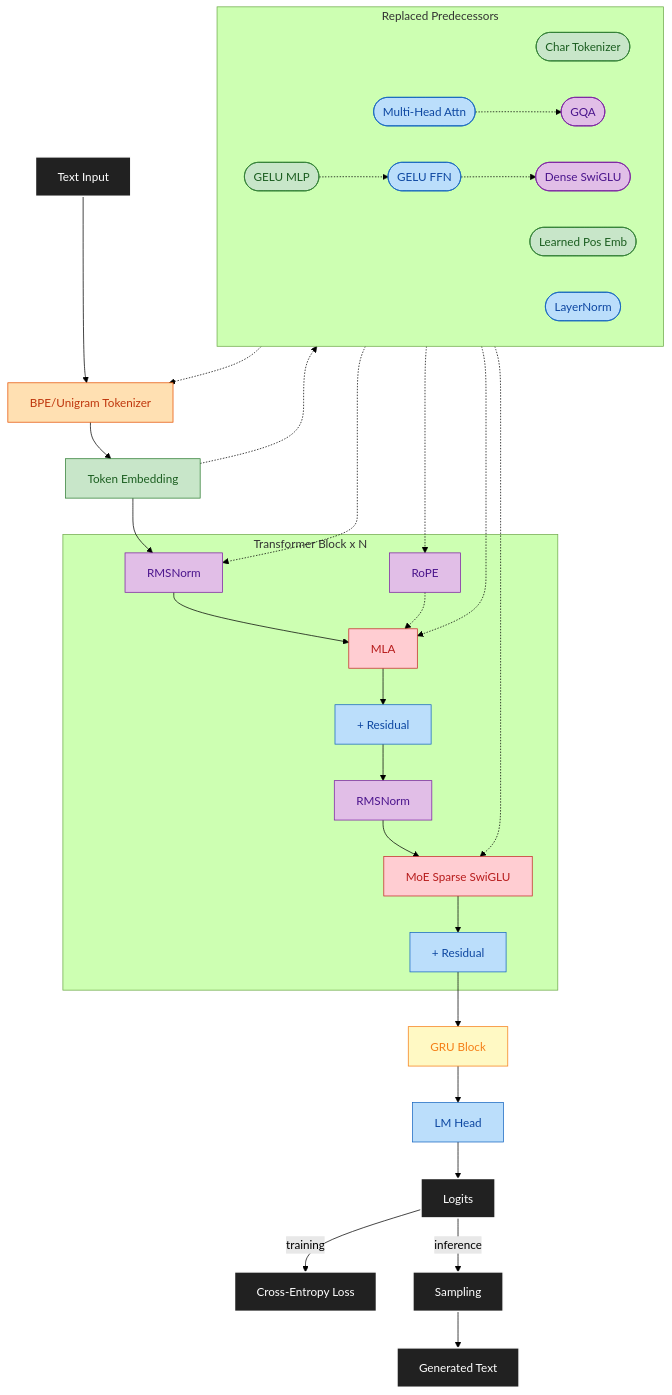
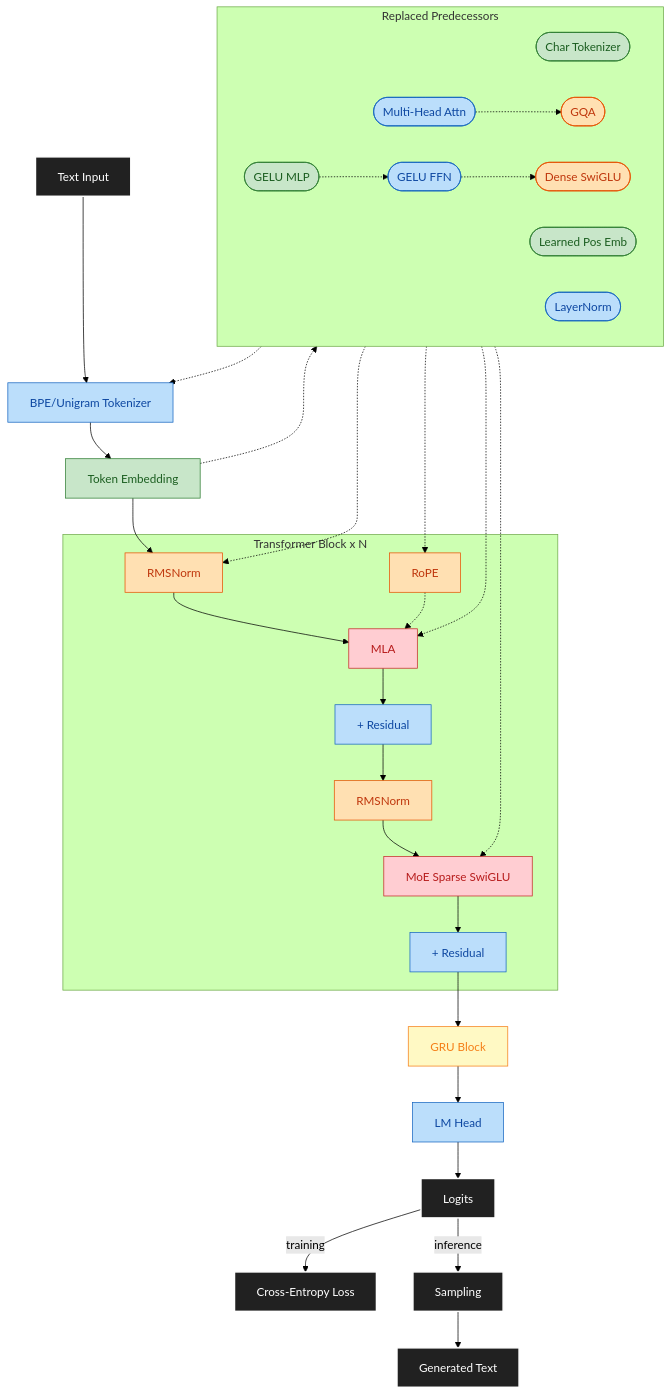
The diagram in README.md (maxjbarfuss/max_llm), drawn with Mermaid (forest theme) before and after one commit. The commit also changed other lines of this file and 2 other files, not shown here.

Commit message:
Consolidate phases 3+4 into single Phase 3, renumber 5-9 to 4-8
- Merged Phase 3 (Decoder + Tokenizer) and Phase 4 (Training Stability) into unified Phase 3
- Phase 3 now encompasses: transformer blocks, BPE tokenizer benchmarking, training infrastructure (LR scheduling, grad clipping, DDP/FSDP)
- Renumbered subsequent phases: old Phase 5-9 → new Phase 4-8
- Phase Progress table updated with new focus areas and effort estimates
- Updated dependencies for all affected phases
- Consolidated exit criteria across both old phases into new Phase 3
- Updated DESIGN.md: removed duplicate Phase 4 diagram, renumbered all mermaid diagrams (phases 5-9 → 4-8)
- Updated README.md mermaid diagram phase references and color legend
- Updated decision logs (P1-DEC through P8-DEC)
- Clarified phase separation rationale: Phase 3 builds core training pipeline; Phase 4+ focus on architectural upgrades and optimization

````diff
--- a/README.md
+++ b/README.md
@@ -49,44 +49,43 @@
 ```mermaid
 graph TD
-    In[Text Input]:::io --> Tok[BPE/Unigram Tokenizer]:::p4 --> Emb[Token Embedding]:::p2 --> N1
+    In[Text Input]:::io --> Tok[BPE/Unigram Tokenizer]:::p3 --> Emb[Token Embedding]:::p2 --> N1
 
     subgraph Block[Transformer Block x N]
-        N1[RMSNorm]:::p5 --> ATT[MLA]:::p8 --> R1[+ Residual]:::p3
-        RoPE[RoPE]:::p5 -.-> ATT
-        R1 --> N2[RMSNorm]:::p5 --> MOE[MoE Sparse SwiGLU]:::p8 --> R2[+ Residual]:::p3
+        N1[RMSNorm]:::p4 --> ATT[MLA]:::p7 --> R1[+ Residual]:::p3
+        RoPE[RoPE]:::p4 -.-> ATT
+        R1 --> N2[RMSNorm]:::p4 --> MOE[MoE Sparse SwiGLU]:::p7 --> R2[+ Residual]:::p3
     end
 
-    R2 --> GRU[GRU Block]:::p9 --> Head[LM Head]:::p3 --> Logits[Logits]:::io
+    R2 --> GRU[GRU Block]:::p8 --> Head[LM Head]:::p3 --> Logits[Logits]:::io
     Logits -->|training| Loss[Cross-Entropy Loss]:::io
     Logits -->|inference| Samp[Sampling]:::io --> GenOut[Generated Text]:::io
 
     subgraph Replaced[Replaced Predecessors]
         direction LR
         CT([Char Tokenizer]):::p2
         LPE([Learned Pos Emb]):::p2
         LF([GELU MLP]):::p2
         LN([LayerNorm]):::p3
         MHA([Multi-Head Attn]):::p3
         GF([GELU FFN]):::p3
-        GQA2([GQA]):::p5
-        SW([Dense SwiGLU]):::p5
+        GQA2([GQA]):::p4
+        SW([Dense SwiGLU]):::p4
     end
 
     CT -.-> Tok
     Emb -.-> LPE
     LPE -.-> RoPE
     LF -.-> GF
     LN -.-> N1
     MHA -.-> GQA2
     GF -.-> SW
     GQA2 -.-> ATT
     SW -.-> MOE
 
     classDef io fill:#212121,stroke:#FFFFFF,color:#FFFFFF,stroke-width:2px
     classDef p2 fill:#C8E6C9,stroke:#2E7D32,color:#1B5E20
     classDef p3 fill:#BBDEFB,stroke:#1565C0,color:#0D47A1
     classDef p4 fill:#FFE0B2,stroke:#E65100,color:#BF360C
-    classDef p5 fill:#E1BEE7,stroke:#7B1FA2,color:#4A148C
-    classDef p8 fill:#FFCDD2,stroke:#C62828,color:#B71C1C
-    classDef p9 fill:#FFF9C4,stroke:#F57F17,color:#F57F17
+    classDef p7 fill:#FFCDD2,stroke:#C62828,color:#B71C1C
+    classDef p8 fill:#FFF9C4,stroke:#F57F17,color:#F57F17
 ```
````
